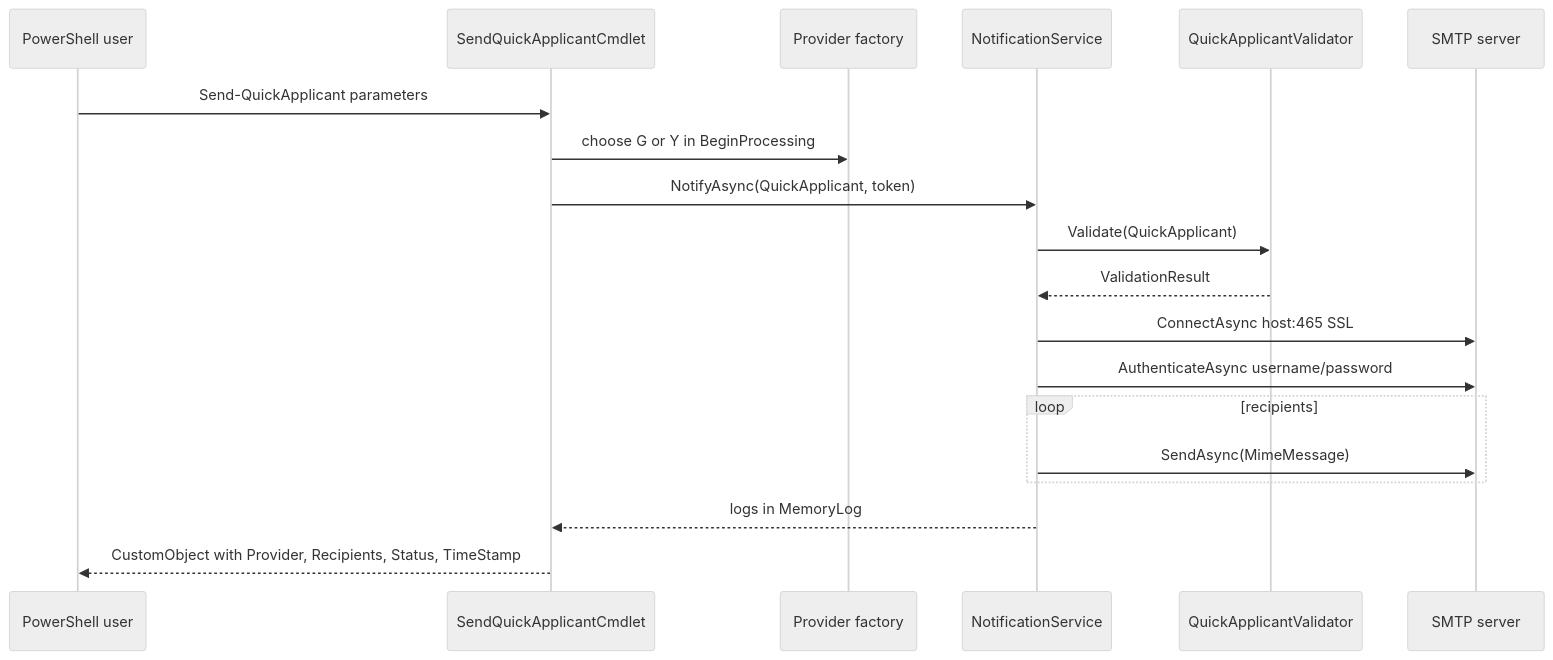
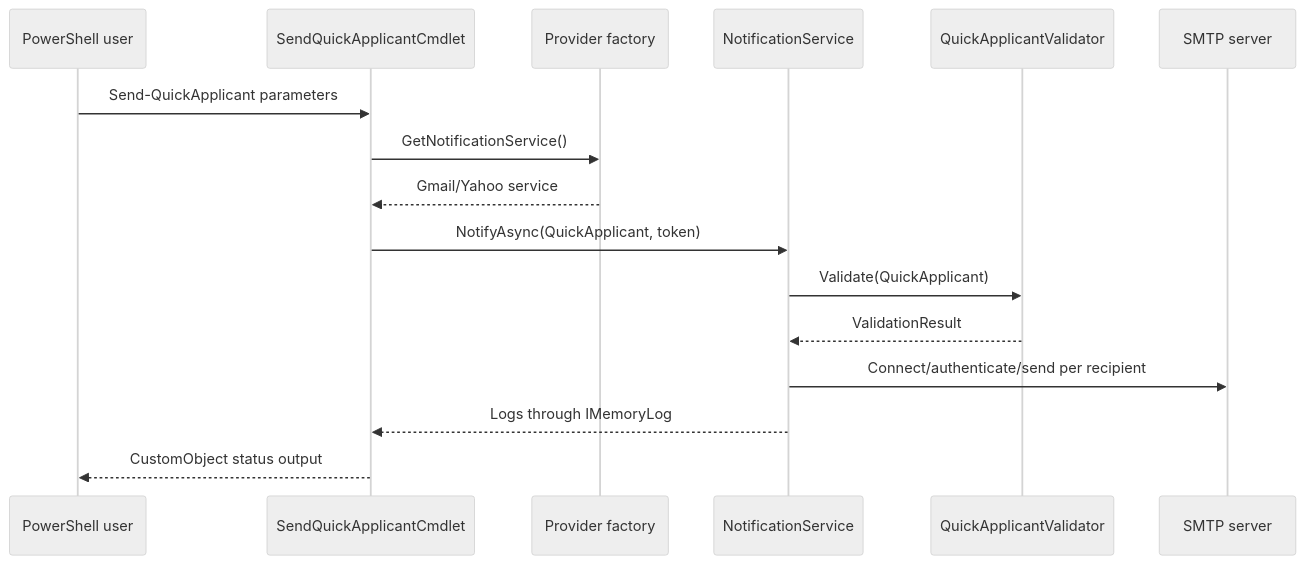
The second of 2 diagrams in CODEBASE_KNOWLEDGE.md (bluepensoftwareworks/bluepen.powershell), drawn with Mermaid (neutral theme) before and after one commit. The commit also changed other lines of this file, not shown here.

````diff
--- a/CODEBASE_KNOWLEDGE.md
+++ b/CODEBASE_KNOWLEDGE.md
@@ -542,22 +102,19 @@
 ```mermaid
 sequenceDiagram
     participant U as PowerShell user
     participant C as SendQuickApplicantCmdlet
     participant F as Provider factory
     participant S as NotificationService
     participant V as QuickApplicantValidator
     participant M as SMTP server
 
     U->>C: Send-QuickApplicant parameters
-    C->>F: choose G or Y in BeginProcessing
+    C->>F: GetNotificationService()
+    F-->>C: Gmail/Yahoo service
     C->>S: NotifyAsync(QuickApplicant, token)
     S->>V: Validate(QuickApplicant)
     V-->>S: ValidationResult
-    S->>M: ConnectAsync host:465 SSL
-    S->>M: AuthenticateAsync username/password
-    loop recipients
-        S->>M: SendAsync(MimeMessage)
-    end
-    S-->>C: logs in MemoryLog
-    C-->>U: CustomObject with Provider, Recipients, Status, TimeStamp
+    S->>M: Connect/authenticate/send per recipient
+    S-->>C: Logs through IMemoryLog
+    C-->>U: CustomObject status output
 ```
````
